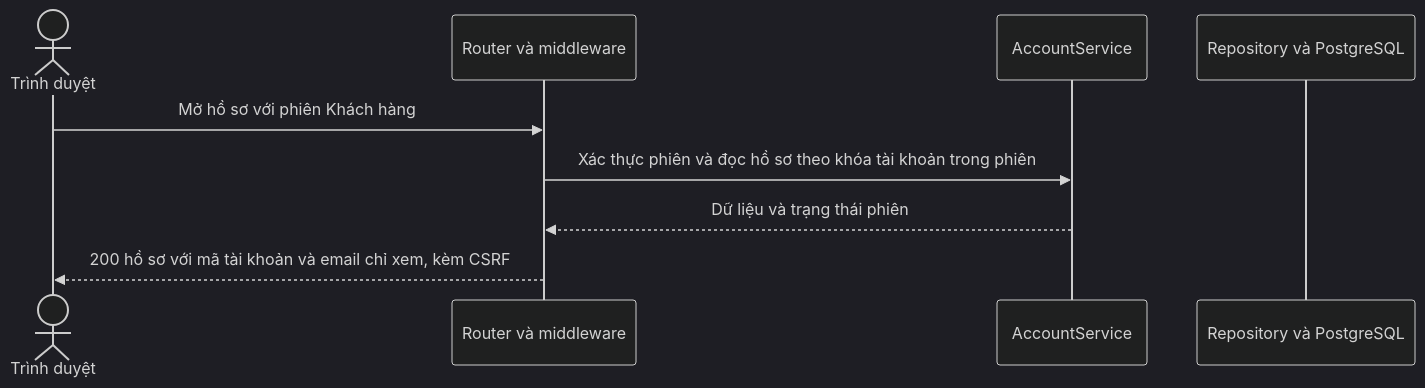
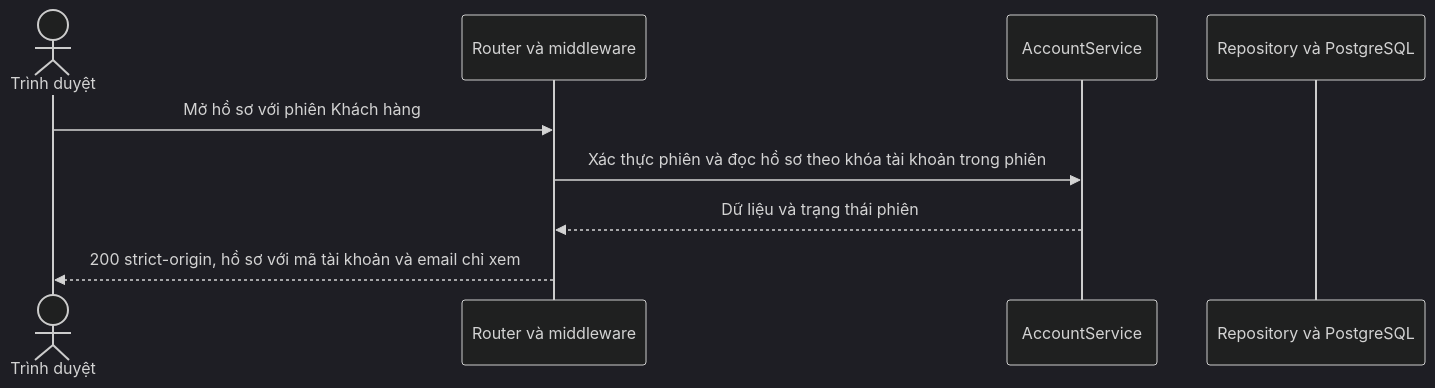
One commit to thanhklt/sobie-swimwear-e-commerce changed the diagram in docs/sequence/identity/get-account-profile.md. Above: the diagram before and after it, drawn with Mermaid (dark theme). The commit also changed 27 other files, not shown here.

First line of the commit message:
refactor(identity): drop CSRF token, enforce Origin on all write requests

````diff
--- a/docs/sequence/identity/get-account-profile.md
+++ b/docs/sequence/identity/get-account-profile.md
@@ -5,11 +5,11 @@
 ```mermaid
 sequenceDiagram
     actor Browser as Trình duyệt
     participant Route as Router và middleware
     participant Service as AccountService
     participant Data as Repository và PostgreSQL
     Browser->>Route: Mở hồ sơ với phiên Khách hàng
     Route->>Service: Xác thực phiên và đọc hồ sơ theo khóa tài khoản trong phiên
     Service-->>Route: Dữ liệu và trạng thái phiên
-    Route-->>Browser: 200 hồ sơ với mã tài khoản và email chỉ xem, kèm CSRF
+    Route-->>Browser: 200 strict-origin, hồ sơ với mã tài khoản và email chỉ xem
 ```
````
